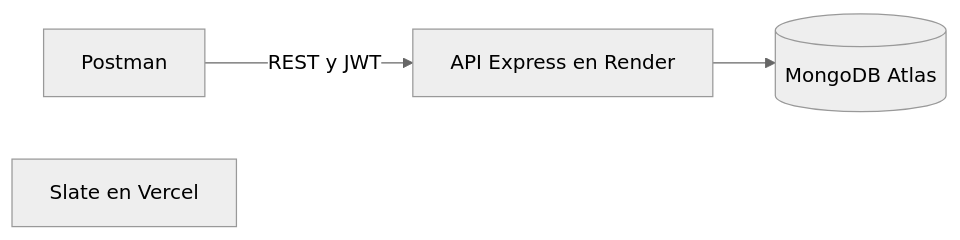
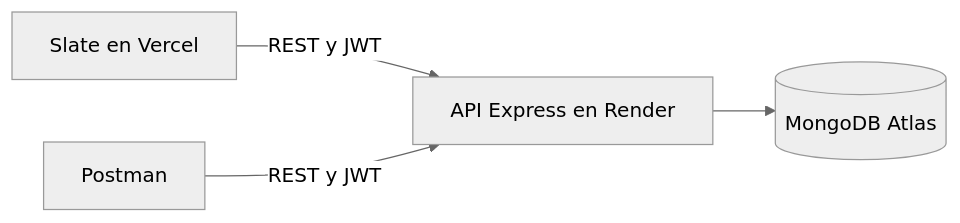
The diagram in README.md (SheiDev/job-tracker), drawn with Mermaid (neutral theme) before and after one commit. The commit also changed other lines of this file and 9 other files, not shown here.

Commit message:
Vincular Slate con la API mediante inicio de sesión.

````diff
--- a/README.md
+++ b/README.md
@@ -97,10 +97,11 @@
 ```mermaid
 flowchart LR
+  vercel[Slate en Vercel]
   postman[Postman]
-  vercel[Slate en Vercel]
   api[API Express en Render]
   db[(MongoDB Atlas)]
 
+  vercel -->|REST y JWT| api
   postman -->|REST y JWT| api
   api --> db
 ```
````
